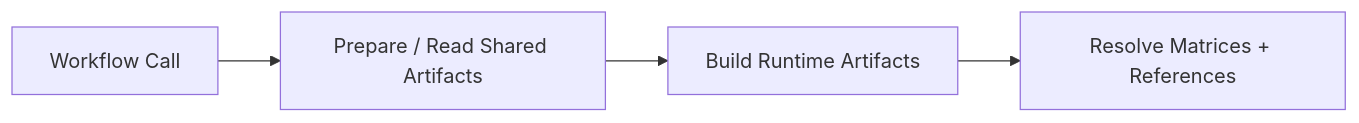
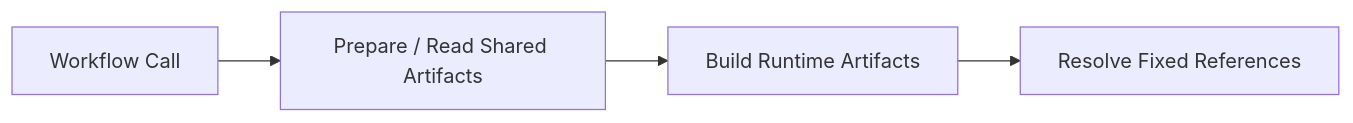
Before and after one commit to chrispsheehan/aws-terragrunt-starter: the diagram in .github/docs/reusable-workflows.md, drawn with Mermaid. The commit also changed other lines of this file and 21 other files, not shown here.

````diff
--- a/.github/docs/reusable-workflows.md
+++ b/.github/docs/reusable-workflows.md
@@ -53,6 +52,6 @@
 ```mermaid
 flowchart LR
   call["Workflow Call"] --> prep["Prepare / Read Shared Artifacts"]
   prep --> build["Build Runtime Artifacts"]
-  build --> resolve["Resolve Matrices + References"]
+  build --> resolve["Resolve Fixed References"]
 ```
````
